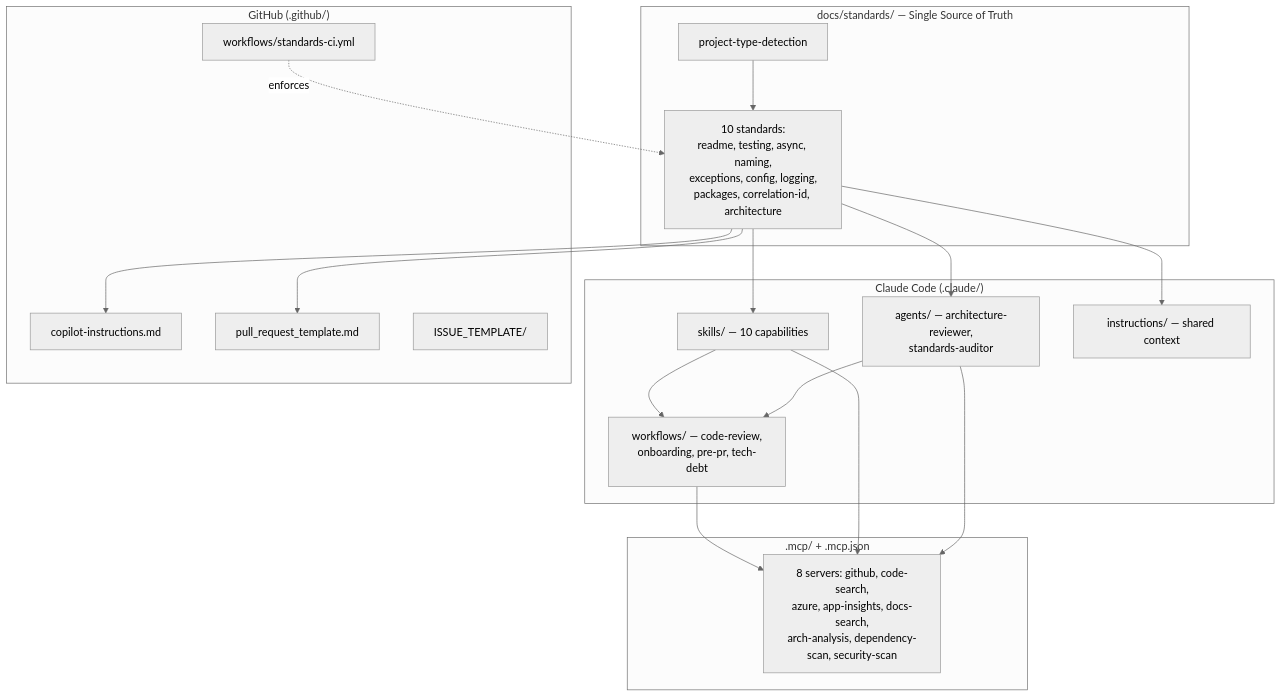
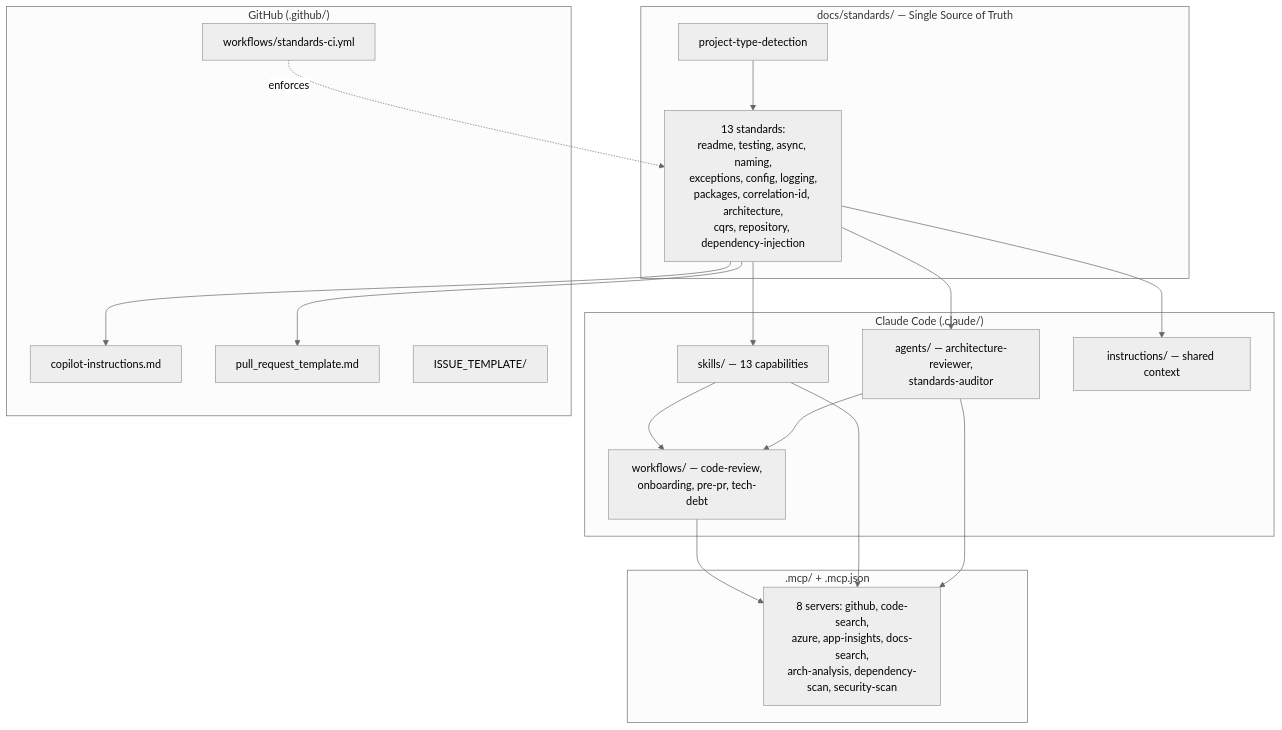
The diagram in docs/architecture/framework-overview.md (pomtom/agent-orchestration-template), drawn with Mermaid (neutral theme) before and after one commit. The commit also changed other lines of this file and 19 other files, not shown here.

First line of the commit message:
feat: Enhance code review and compliance workflows with new CQRS, Repository, and DI enforcers

````diff
--- a/docs/architecture/framework-overview.md
+++ b/docs/architecture/framework-overview.md
@@ -9,38 +9,38 @@
 ```mermaid
 graph TD
     subgraph Canonical["docs/standards/ — Single Source of Truth"]
         DET[project-type-detection]
-        STD[10 standards:<br/>readme, testing, async, naming,<br/>exceptions, config, logging,<br/>packages, correlation-id, architecture]
+        STD[13 standards:<br/>readme, testing, async, naming,<br/>exceptions, config, logging,<br/>packages, correlation-id, architecture,<br/>cqrs, repository, dependency-injection]
     end
 
     subgraph Claude["Claude Code (.claude/)"]
-        SK[skills/ — 10 capabilities]
+        SK[skills/ — 13 capabilities]
         AG[agents/ — architecture-reviewer,<br/>standards-auditor]
         INS[instructions/ — shared context]
         WF[workflows/ — code-review,<br/>onboarding, pre-pr, tech-debt]
     end
 
     subgraph Copilot["GitHub (.github/)"]
         CI_INST[copilot-instructions.md]
         PR[pull_request_template.md]
         ISS[ISSUE_TEMPLATE/]
         GH_CI[workflows/standards-ci.yml]
     end
 
     subgraph MCP[".mcp/ + .mcp.json"]
         SRV[8 servers: github, code-search,<br/>azure, app-insights, docs-search,<br/>arch-analysis, dependency-scan, security-scan]
     end
 
     DET --> STD
     STD --> SK
     STD --> AG
     STD --> INS
     STD --> CI_INST
     STD --> PR
     SK --> WF
     AG --> WF
     WF --> SRV
     SK --> SRV
     AG --> SRV
     GH_CI -.enforces.-> STD
 ```
````
